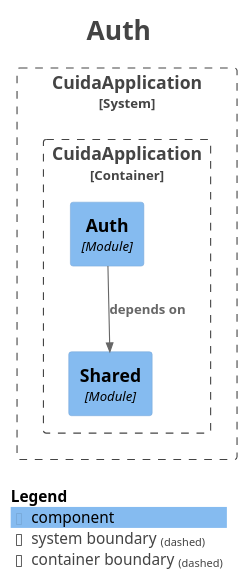
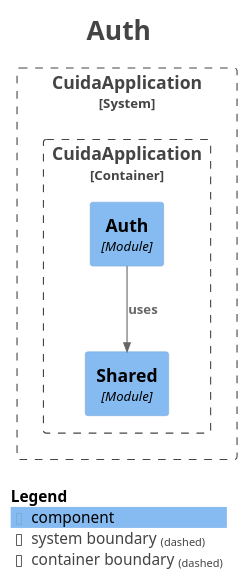
The diagram in docs/modules/module-auth.puml (Rodrimir/alo_diario), drawn with PlantUML before and after one commit. The commit also changed 39 other files, not shown here.

```diff
--- a/docs/modules/module-auth.puml
+++ b/docs/modules/module-auth.puml
@@ -1,30 +1,30 @@
 @startuml
 title <size:24>Auth</size>
 
 set separator none
 top to bottom direction
 
 <style>
   root {
     BackgroundColor: #ffffff
     FontColor: #444444
   }
 </style>
 
 !include <C4/C4>
 !include <C4/C4_Context>
 !include <C4/C4_Component>
 
 System_Boundary("CuidaApplication_boundary", "CuidaApplication", $tags="") {
   Container_Boundary("CuidaApplication.CuidaApplication_boundary", "CuidaApplication", $tags="") {
     Component(CuidaApplication.CuidaApplication.Shared, "Shared", $techn="Module", $descr="", $tags="", $link="")
     Component(CuidaApplication.CuidaApplication.Auth, "Auth", $techn="Module", $descr="", $tags="", $link="")
   }
 
 }
 
-Rel(CuidaApplication.CuidaApplication.Auth, CuidaApplication.CuidaApplication.Shared, "depends on", $techn="", $tags="", $link="")
+Rel(CuidaApplication.CuidaApplication.Auth, CuidaApplication.CuidaApplication.Shared, "uses", $techn="", $tags="", $link="")
 
 SHOW_LEGEND(true)
 hide stereotypes
 @enduml
```
